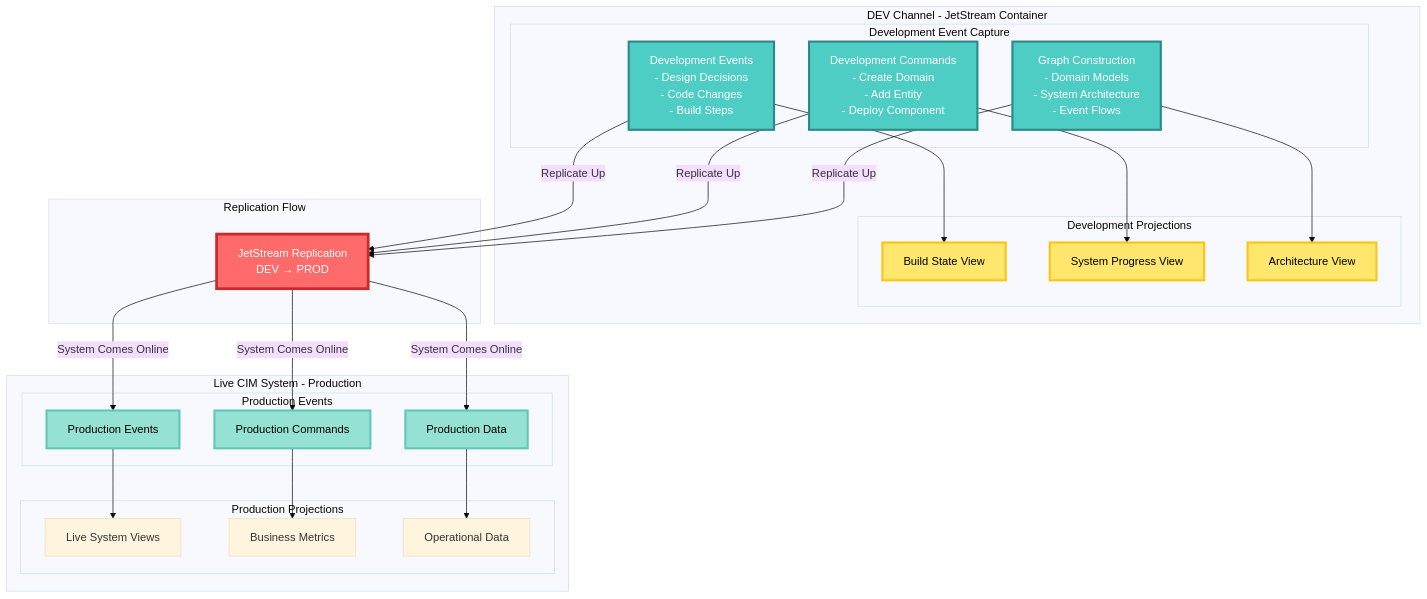
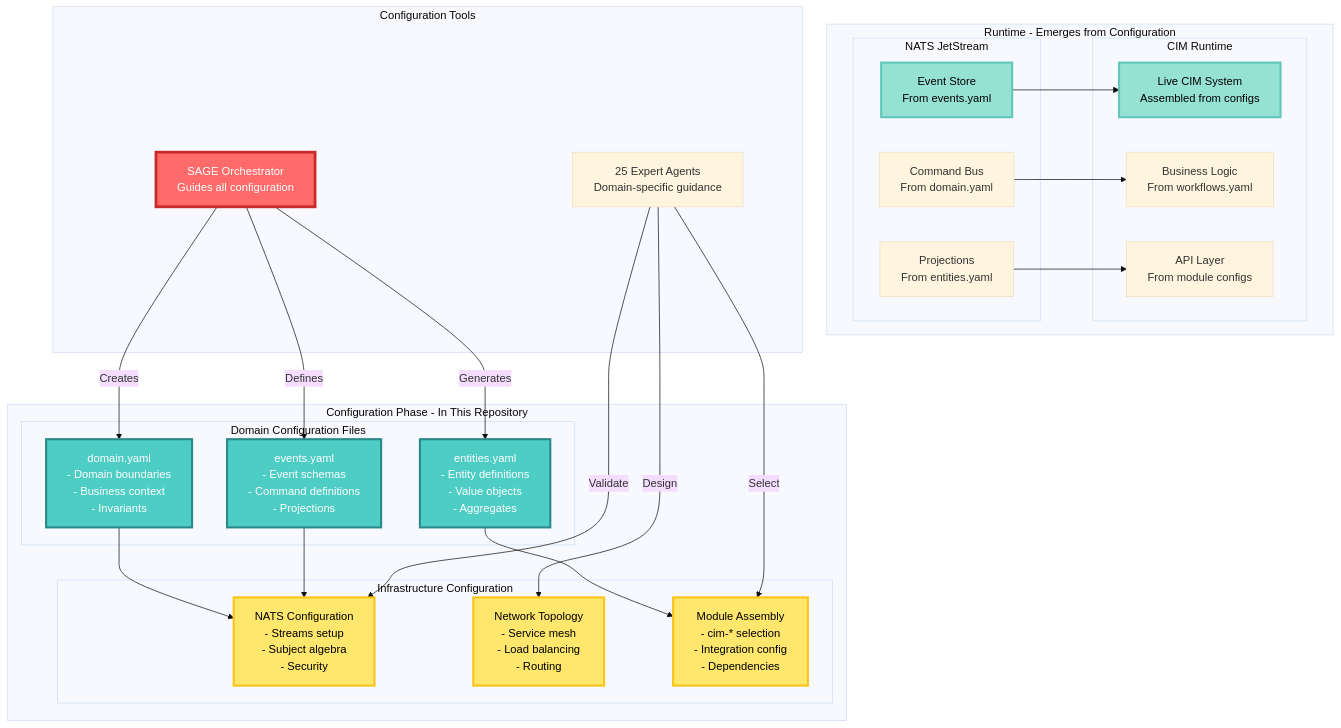
The first of 3 diagrams in readme.md (TheCowboyAI/cim-start), drawn with Mermaid (base theme) before and after one commit. The commit also changed other lines of this file and 33 other files, not shown here.

First line of the commit message:
feat: Implement Domain-First workflow with context data requirements

````diff
--- a/readme.md
+++ b/readme.md
@@ -62,61 +93,60 @@
 ```mermaid
 graph TB
-    subgraph "DEV Channel - JetStream Container"
-        subgraph "Development Event Capture"
-            DevEvents[Development Events<br/>- Design Decisions<br/>- Code Changes<br/>- Build Steps]
-            DevCommands[Development Commands<br/>- Create Domain<br/>- Add Entity<br/>- Deploy Component]
-            DevGraphs[Graph Construction<br/>- Domain Models<br/>- System Architecture<br/>- Event Flows]
+    subgraph "Configuration Phase - In This Repository"
+        subgraph "Domain Configuration Files"
+            DomainYAML[domain.yaml<br/>- Domain boundaries<br/>- Business context<br/>- Invariants]
+            EntitiesYAML[entities.yaml<br/>- Entity definitions<br/>- Value objects<br/>- Aggregates]
+            EventsYAML[events.yaml<br/>- Event schemas<br/>- Command definitions<br/>- Projections]
         end
         
-        subgraph "Development Projections"
-            BuildState[Build State View]
-            SystemProgress[System Progress View]
-            ArchitectureView[Architecture View]
+        subgraph "Infrastructure Configuration"
+            NATSConfig[NATS Configuration<br/>- Streams setup<br/>- Subject algebra<br/>- Security]
+            NetworkConfig[Network Topology<br/>- Service mesh<br/>- Load balancing<br/>- Routing]
+            ModuleConfig[Module Assembly<br/>- cim-* selection<br/>- Integration config<br/>- Dependencies]
         end
         
-        DevEvents --> BuildState
-        DevCommands --> SystemProgress
-        DevGraphs --> ArchitectureView
+        DomainYAML --> NATSConfig
+        EntitiesYAML --> ModuleConfig
+        EventsYAML --> NATSConfig
     end
     
-    subgraph "Live CIM System - Production"
-        subgraph "Production Events"
-            ProdEvents[Production Events]
-            ProdCommands[Production Commands]
-            ProdData[Production Data]
+    subgraph "Runtime - Emerges from Configuration"
+        subgraph "NATS JetStream"
+            EventStore[Event Store<br/>From events.yaml]
+            CommandBus[Command Bus<br/>From domain.yaml]
+            Projections[Projections<br/>From entities.yaml]
         end
         
-        subgraph "Production Projections"
-            LiveViews[Live System Views]
-            BusinessMetrics[Business Metrics]
-            OperationalData[Operational Data]
+        subgraph "CIM Runtime"
+            LiveSystem[Live CIM System<br/>Assembled from configs]
+            BusinessLogic[Business Logic<br/>From workflows.yaml]
+            APIs[API Layer<br/>From module configs]
         end
         
-        ProdEvents --> LiveViews
-        ProdCommands --> BusinessMetrics
-        ProdData --> OperationalData
+        EventStore --> LiveSystem
+        CommandBus --> BusinessLogic
+        Projections --> APIs
     end
     
-    subgraph "Replication Flow"
-        ReplicationEngine[JetStream Replication<br/>DEV → PROD]
+    subgraph "Configuration Tools"
+        SAGE[SAGE Orchestrator<br/>Guides all configuration]
+        Experts[25 Expert Agents<br/>Domain-specific guidance]
     end
     
-    DevEvents -->|Replicate Up| ReplicationEngine
-    DevCommands -->|Replicate Up| ReplicationEngine
-    DevGraphs -->|Replicate Up| ReplicationEngine
+    SAGE -->|Creates| DomainYAML
+    SAGE -->|Generates| EntitiesYAML
+    SAGE -->|Defines| EventsYAML
+    Experts -->|Validate| NATSConfig
+    Experts -->|Design| NetworkConfig
+    Experts -->|Select| ModuleConfig
     
-    ReplicationEngine -->|System Comes Online| ProdEvents
-    ReplicationEngine -->|System Comes Online| ProdCommands
-    ReplicationEngine -->|System Comes Online| ProdData
-    
-    style DevEvents fill:#4ECDC4,stroke:#2B8A89,stroke-width:3px,color:#FFF
-    style DevCommands fill:#4ECDC4,stroke:#2B8A89,stroke-width:3px,color:#FFF
-    style DevGraphs fill:#4ECDC4,stroke:#2B8A89,stroke-width:3px,color:#FFF
-    style BuildState fill:#FFE66D,stroke:#FCC419,stroke-width:3px,color:#000
-    style SystemProgress fill:#FFE66D,stroke:#FCC419,stroke-width:3px,color:#000
-    style ArchitectureView fill:#FFE66D,stroke:#FCC419,stroke-width:3px,color:#000
-    style ReplicationEngine fill:#FF6B6B,stroke:#C92A2A,stroke-width:4px,color:#FFF
-    style ProdEvents fill:#95E1D3,stroke:#63C7B8,stroke-width:3px,color:#000
-    style ProdCommands fill:#95E1D3,stroke:#63C7B8,stroke-width:3px,color:#000
-    style ProdData fill:#95E1D3,stroke:#63C7B8,stroke-width:3px,color:#000
+    style DomainYAML fill:#4ECDC4,stroke:#2B8A89,stroke-width:3px,color:#FFF
+    style EntitiesYAML fill:#4ECDC4,stroke:#2B8A89,stroke-width:3px,color:#FFF
+    style EventsYAML fill:#4ECDC4,stroke:#2B8A89,stroke-width:3px,color:#FFF
+    style NATSConfig fill:#FFE66D,stroke:#FCC419,stroke-width:3px,color:#000
+    style NetworkConfig fill:#FFE66D,stroke:#FCC419,stroke-width:3px,color:#000
+    style ModuleConfig fill:#FFE66D,stroke:#FCC419,stroke-width:3px,color:#000
+    style SAGE fill:#FF6B6B,stroke:#C92A2A,stroke-width:4px,color:#FFF
+    style EventStore fill:#95E1D3,stroke:#63C7B8,stroke-width:3px,color:#000
+    style LiveSystem fill:#95E1D3,stroke:#63C7B8,stroke-width:3px,color:#000
 ```
````
